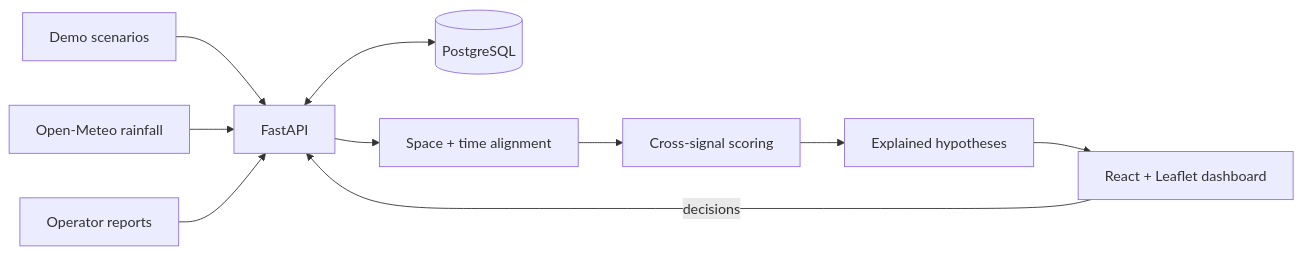
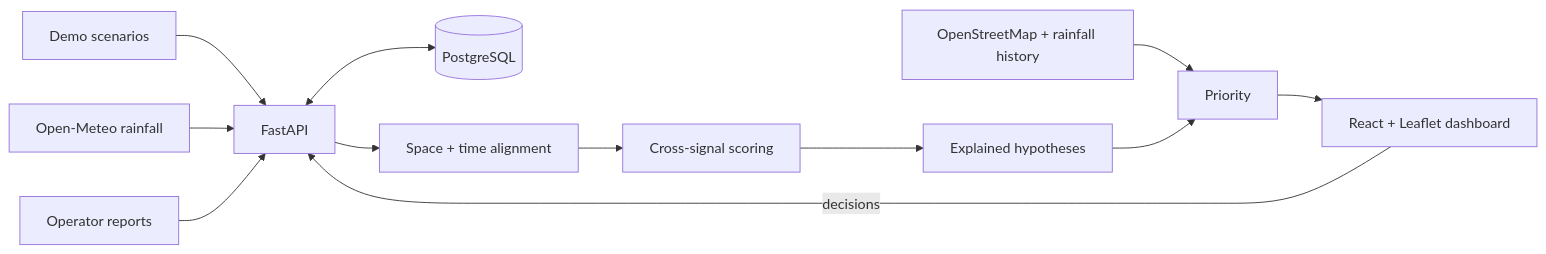
Before and after one commit to ritikamathew21-ai/CivicPulse: the diagram in README.md, drawn with Mermaid. The commit also changed other lines of this file and 14 other files, not shown here.

Commit message:
Add infrastructure context, rainfall anomaly detection and priority

````diff
--- a/README.md
+++ b/README.md
@@ -130,10 +144,11 @@
 ```mermaid
 flowchart LR
   D[Demo scenarios] --> API
   W[Open-Meteo rainfall] --> API
   O[Operator reports] --> API
   API[FastAPI] <--> DB[(PostgreSQL)]
-  API --> A[Space + time alignment] --> R[Cross-signal scoring] --> H[Explained hypotheses]
-  H --> UI[React + Leaflet dashboard]
+  C[OpenStreetMap + rainfall history] --> P
+  API --> A[Space + time alignment] --> R[Cross-signal scoring] --> H[Explained hypotheses] --> P[Priority]
+  P --> UI[React + Leaflet dashboard]
   UI -- decisions --> API
 ```
````
